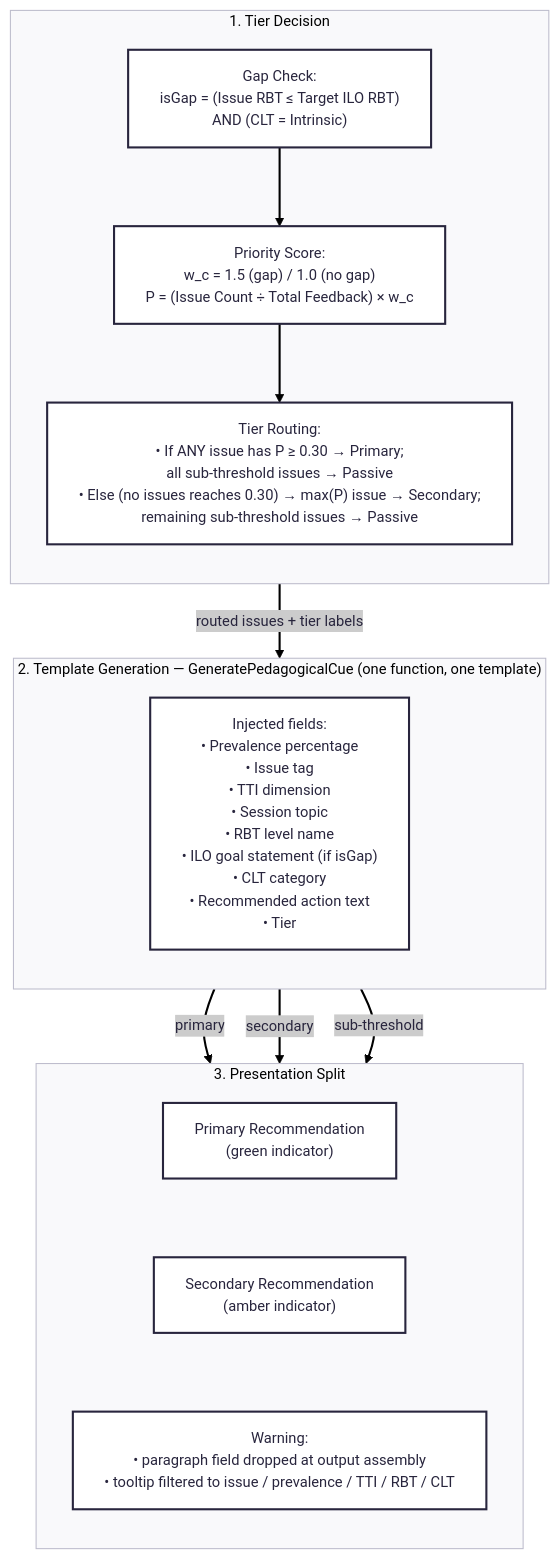
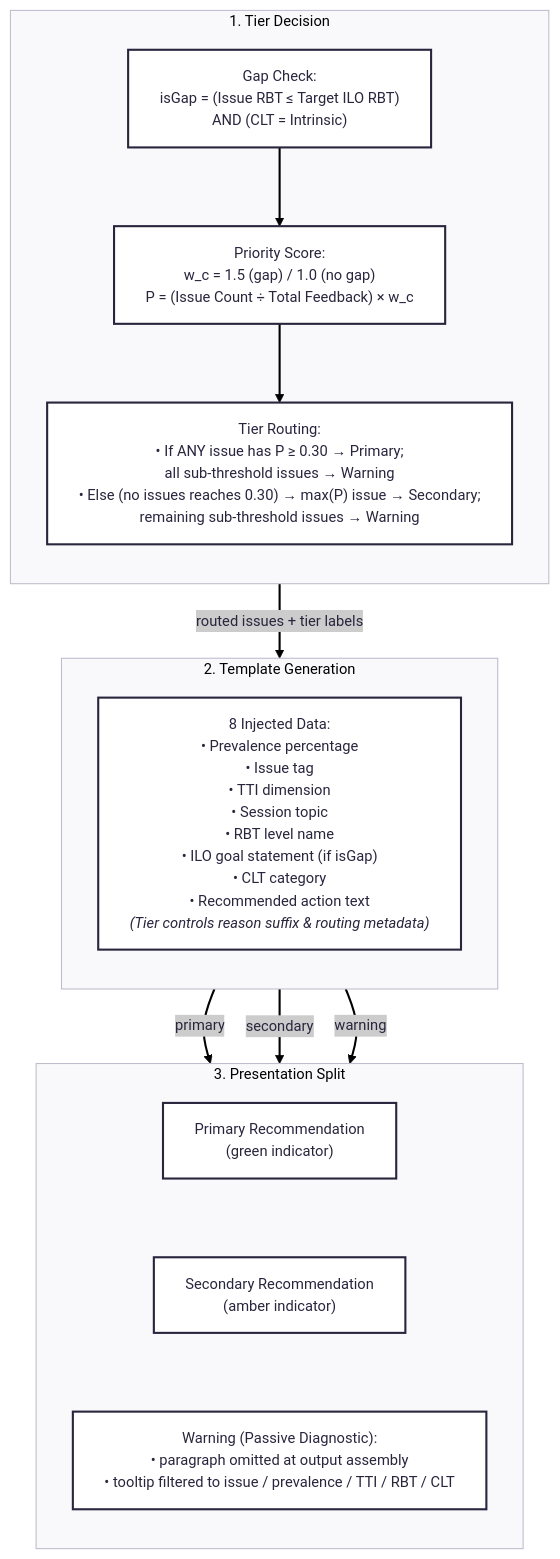
The diagram in docs/pedagogical_mapping_diagram.md (francis-villapando/feeana), drawn with Mermaid before and after one commit. The commit also changed other lines of this file and 3 other files, not shown here.

Commit message:
feat(diagrams): document persistence, faculty override loop, and tensor details

````diff
--- a/docs/pedagogical_mapping_diagram.md
+++ b/docs/pedagogical_mapping_diagram.md
@@ -1,36 +1,36 @@
 ```mermaid
 ---
 config:
   theme: redux
   look: classic
   flowchart:
     wrappingWidth: 1000
 ---
 flowchart TB
 
     subgraph ENGINE["1. Tier Decision"]
         direction TB
         GAP["Gap Check:<br/>isGap = (Issue RBT ≤ Target ILO RBT)<br/>AND (CLT = Intrinsic)"]
         SCORE["Priority Score:<br/>w_c = 1.5 (gap) / 1.0 (no gap)<br/>P = (Issue Count ÷ Total Feedback) × w_c"]
-        ROUTE["Tier Routing:<br/>• If ANY issue has P ≥ 0.30 → Primary;<br/>all sub-threshold issues → Passive<br/>• Else (no issues reaches 0.30) → max(P) issue → Secondary;<br/>remaining sub-threshold issues → Passive"]
+        ROUTE["Tier Routing:<br/>• If ANY issue has P ≥ 0.30 → Primary;<br/>all sub-threshold issues → Warning<br/>• Else (no issues reaches 0.30) → max(P) issue → Secondary;<br/>remaining sub-threshold issues → Warning"]
         GAP --> SCORE --> ROUTE
     end
 
-    subgraph TEMPLATE["2. Template Generation — GeneratePedagogicalCue (one function, one template)"]
+    subgraph TEMPLATE["2. Template Generation"]
         direction TB
-        CUE["Injected fields:<br/>• Prevalence percentage<br/>• Issue tag<br/>• TTI dimension<br/>• Session topic<br/>• RBT level name<br/>• ILO goal statement (if isGap)<br/>• CLT category<br/>• Recommended action text<br/>• Tier"]
+        CUE["8 Injected Data:<br/>• Prevalence percentage<br/>• Issue tag<br/>• TTI dimension<br/>• Session topic<br/>• RBT level name<br/>• ILO goal statement (if isGap)<br/>• CLT category<br/>• Recommended action text<br/><i>(Tier controls reason suffix & routing metadata)</i>"]
     end
 
     subgraph SPLIT["3. Presentation Split"]
         direction TB
         REC_P["Primary Recommendation<br/>(green indicator)"]
         REC_S["Secondary Recommendation<br/>(amber indicator)"]
-        WARN["Warning:<br/>• paragraph field dropped at output assembly<br/>• tooltip filtered to issue / prevalence / TTI / RBT / CLT"]
+        WARN["Warning (Passive Diagnostic):<br/>• paragraph omitted at output assembly<br/>• tooltip filtered to issue / prevalence / TTI / RBT / CLT"]
         REC_P ~~~ REC_S ~~~ WARN
     end
 
     ROUTE -->|"routed issues + tier labels"| CUE
     CUE -->|"primary"| REC_P
     CUE -->|"secondary"| REC_S
-    CUE -->|"sub-threshold"| WARN
+    CUE -->|"warning"| WARN
 ```
````
